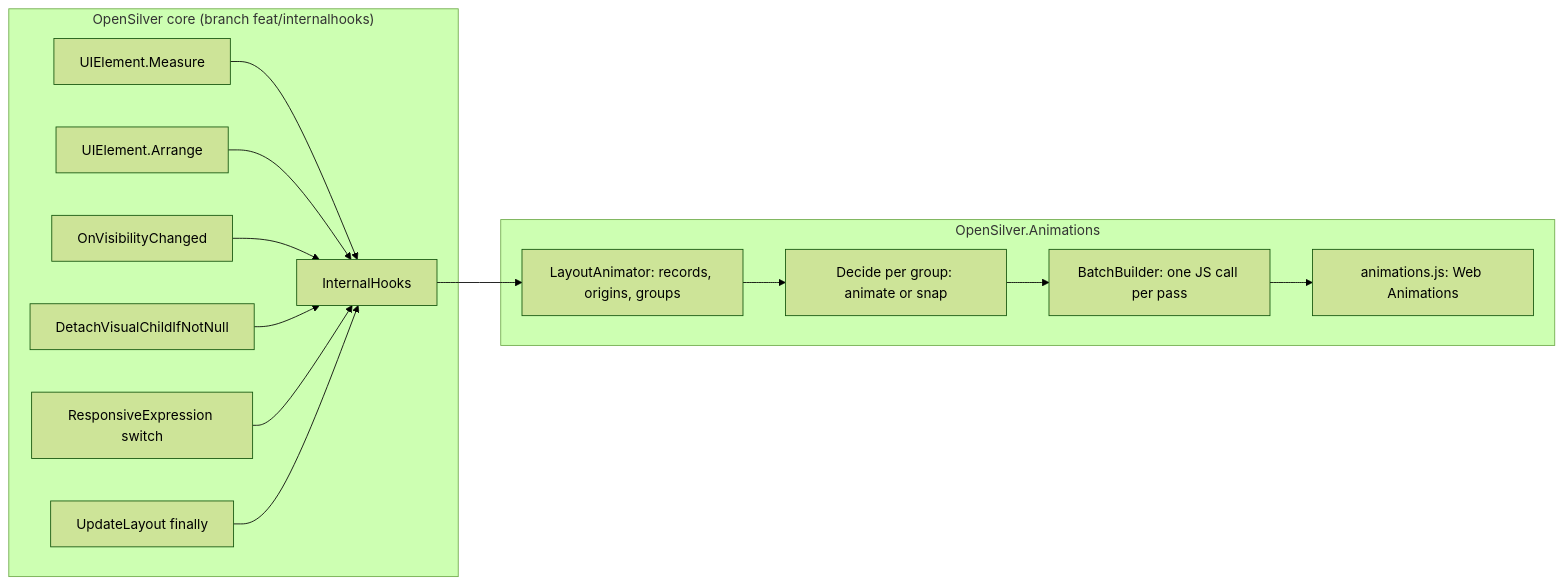
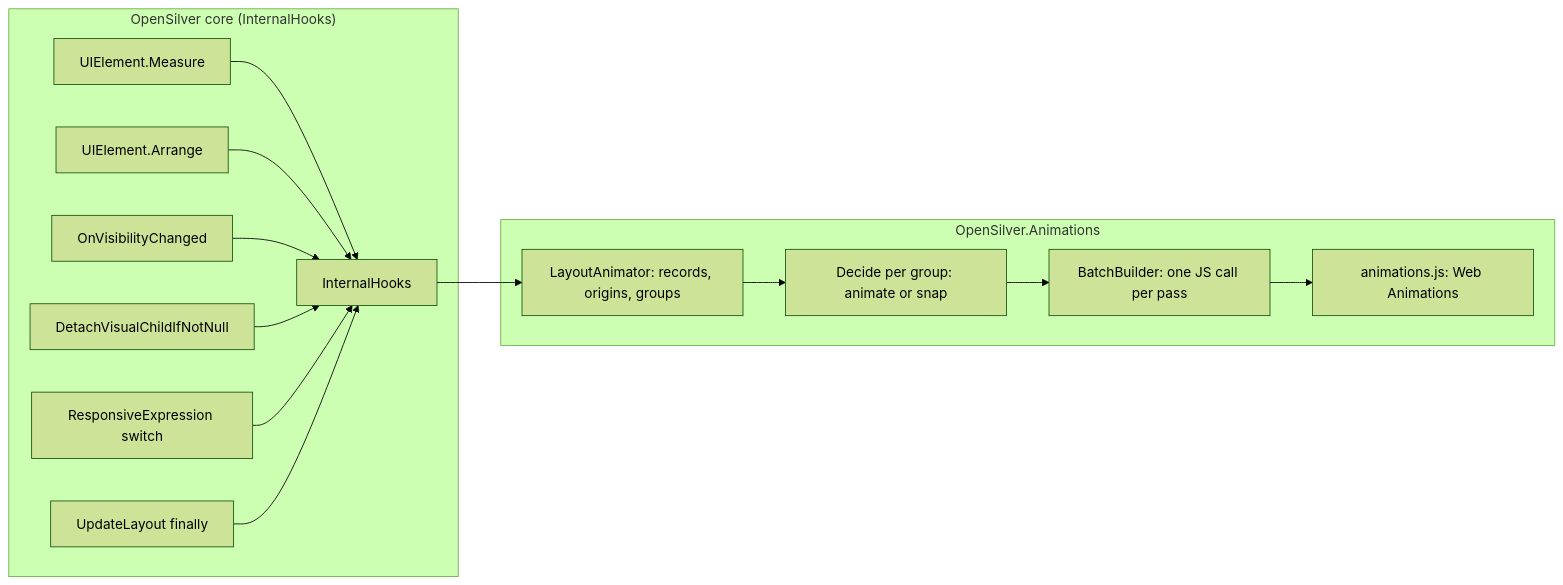
The diagram in docs/architecture.md (OpenSilver/OpenSilver.Animations), drawn with Mermaid (forest theme) before and after one commit. The commit also changed other lines of this file and 10 other files, not shown here.

First line of the commit message:
Build with the published OpenSilver preview that has the merged hooks + Docs update

````diff
--- a/docs/architecture.md
+++ b/docs/architecture.md
@@ -9,17 +9,17 @@
 ```mermaid
 flowchart LR
-    subgraph core ["OpenSilver core (branch feat/internalhooks)"]
+    subgraph core ["OpenSilver core (InternalHooks)"]
         measure["UIElement.Measure"] --> observer["InternalHooks"]
         arrange["UIElement.Arrange"] --> observer
         visibility["OnVisibilityChanged"] --> observer
         detach["DetachVisualChildIfNotNull"] --> observer
         responsive["ResponsiveExpression switch"] --> observer
         passEnd["UpdateLayout finally"] --> observer
     end
     subgraph lib ["OpenSilver.Animations"]
         observer --> animator["LayoutAnimator: records, origins, groups"]
         animator --> decide["Decide per group: animate or snap"]
         decide --> batch["BatchBuilder: one JS call per pass"]
         batch --> js["animations.js: Web Animations"]
     end
 ```
````
